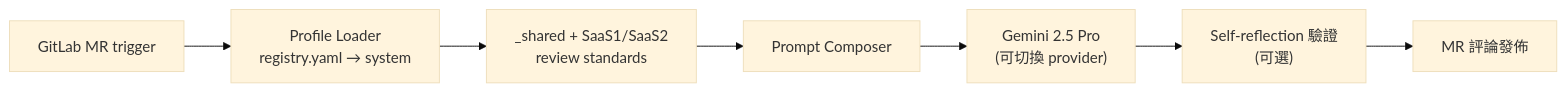
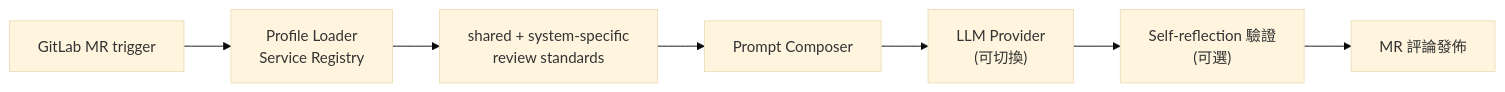
The diagram in src/content/cases/ai-code-review.zh-TW.mdx (twjohnwu/twjohnwu.github.io), drawn with Mermaid (base theme) before and after one commit. The commit also changed other lines of this file and 9 other files, not shown here.

````diff
--- a/src/content/cases/ai-code-review.zh-TW.mdx
+++ b/src/content/cases/ai-code-review.zh-TW.mdx
@@ -20,9 +20,9 @@
 ```mermaid
 flowchart LR
-  MR[GitLab MR trigger] --> Loader["Profile Loader<br/>registry.yaml → system"]
-  Loader --> Standards["_shared + SaaS1/SaaS2<br/>review standards"]
+  MR[GitLab MR trigger] --> Loader["Profile Loader<br/>Service Registry"]
+  Loader --> Standards["shared + system-specific<br/>review standards"]
   Standards --> Composer[Prompt Composer]
-  Composer --> AI["Gemini 2.5 Pro<br/>(可切換 provider)"]
+  Composer --> AI["LLM Provider<br/>(可切換)"]
   AI --> Reflect["Self-reflection 驗證<br/>(可選)"]
   Reflect --> Comment[MR 評論發佈]
 ```
````
